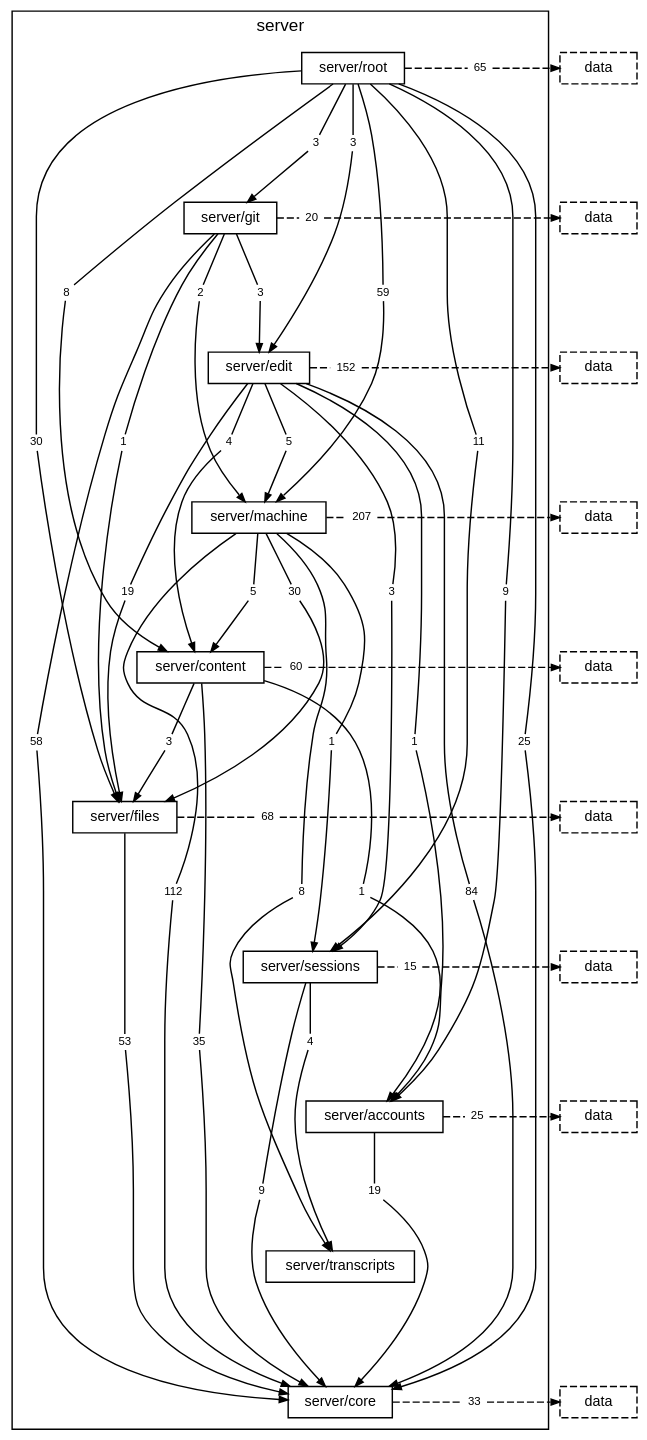
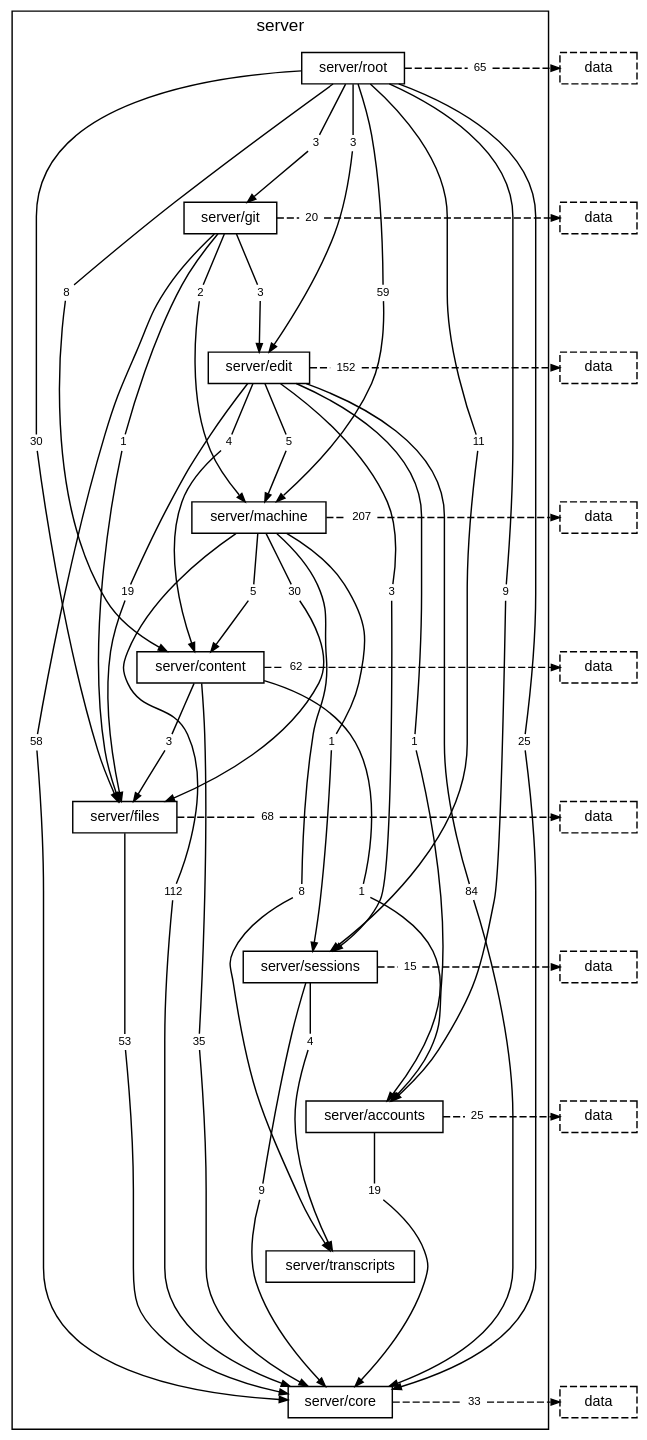
Before and after one commit to TheAxeC/oculus: the diagram in docs/diagrams/layer-server.dot, drawn with Graphviz. The commit also changed 75 other files, not shown here.

```diff
--- a/docs/diagrams/layer-server.dot
+++ b/docs/diagrams/layer-server.dot
@@ -44,7 +44,7 @@
         "folder server/content to folder server/accounts" [label="1", shape=box, color="transparent", fontsize=8, width=0, height=0, margin="0.04,0.02"];
         "folder server/content to folder server/core" [label="35", shape=box, color="transparent", fontsize=8, width=0, height=0, margin="0.04,0.02"];
         "folder server/content to folder server/files" [label="3", shape=box, color="transparent", fontsize=8, width=0, height=0, margin="0.04,0.02"];
-        "folder server/content to layer data" [label="60", shape=box, color="transparent", fontsize=8, width=0, height=0, margin="0.04,0.02"];
+        "folder server/content to layer data" [label="62", shape=box, color="transparent", fontsize=8, width=0, height=0, margin="0.04,0.02"];
         "folder server/files to folder server/core" [label="53", shape=box, color="transparent", fontsize=8, width=0, height=0, margin="0.04,0.02"];
         "folder server/files to layer data" [label="68", shape=box, color="transparent", fontsize=8, width=0, height=0, margin="0.04,0.02"];
         "folder server/sessions to folder server/core" [label="9", shape=box, color="transparent", fontsize=8, width=0, height=0, margin="0.04,0.02"];
```
